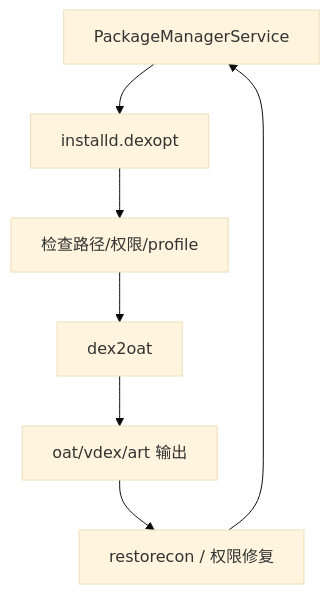
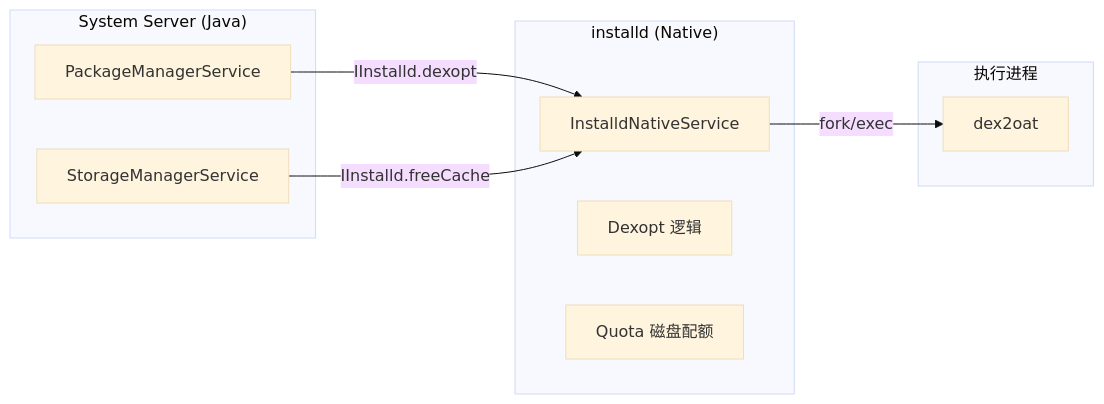
One commit to fwrite0920/aosp-internal-book changed the seventh of 9 diagrams in 12-native-services-zh.md. Above: the diagram before and after it, drawn with Mermaid (base theme). The commit also changed other lines of this file and 63 other files, not shown here.

````diff
--- a/12-native-services-zh.md
+++ b/12-native-services-zh.md
@@ -817,9 +463,21 @@
 ```mermaid
-flowchart TD
-    PMS[PackageManagerService] --> Installd[installd.dexopt]
-    Installd --> Check[检查路径/权限/profile]
-    Check --> Dex2oat[dex2oat]
-    Dex2oat --> Oat[oat/vdex/art 输出]
-    Oat --> Label[restorecon / 权限修复]
-    Label --> PMS
+graph LR
+    subgraph "System Server (Java)"
+        PMS[PackageManagerService]
+        SMS[StorageManagerService]
+    end
+
+    subgraph "installd (Native)"
+        INS[InstalldNativeService]
+        DXO[Dexopt 逻辑]
+        QT[Quota 磁盘配额]
+    end
+
+    subgraph "执行进程"
+        D2O[dex2oat]
+    end
+
+    PMS -->|IInstalld.dexopt| INS
+    SMS -->|IInstalld.freeCache| INS
+    INS -->|fork/exec| D2O
 ```
````
